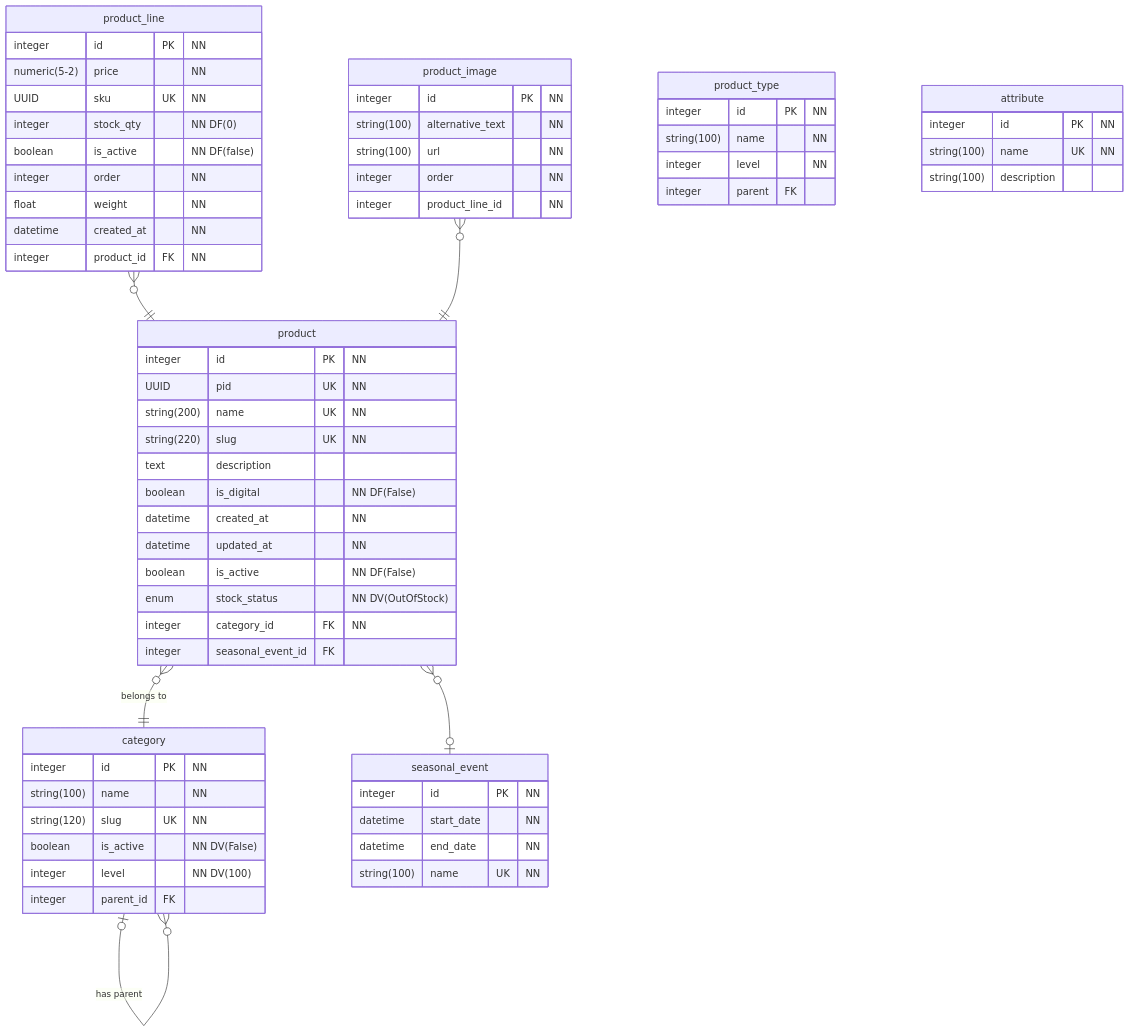
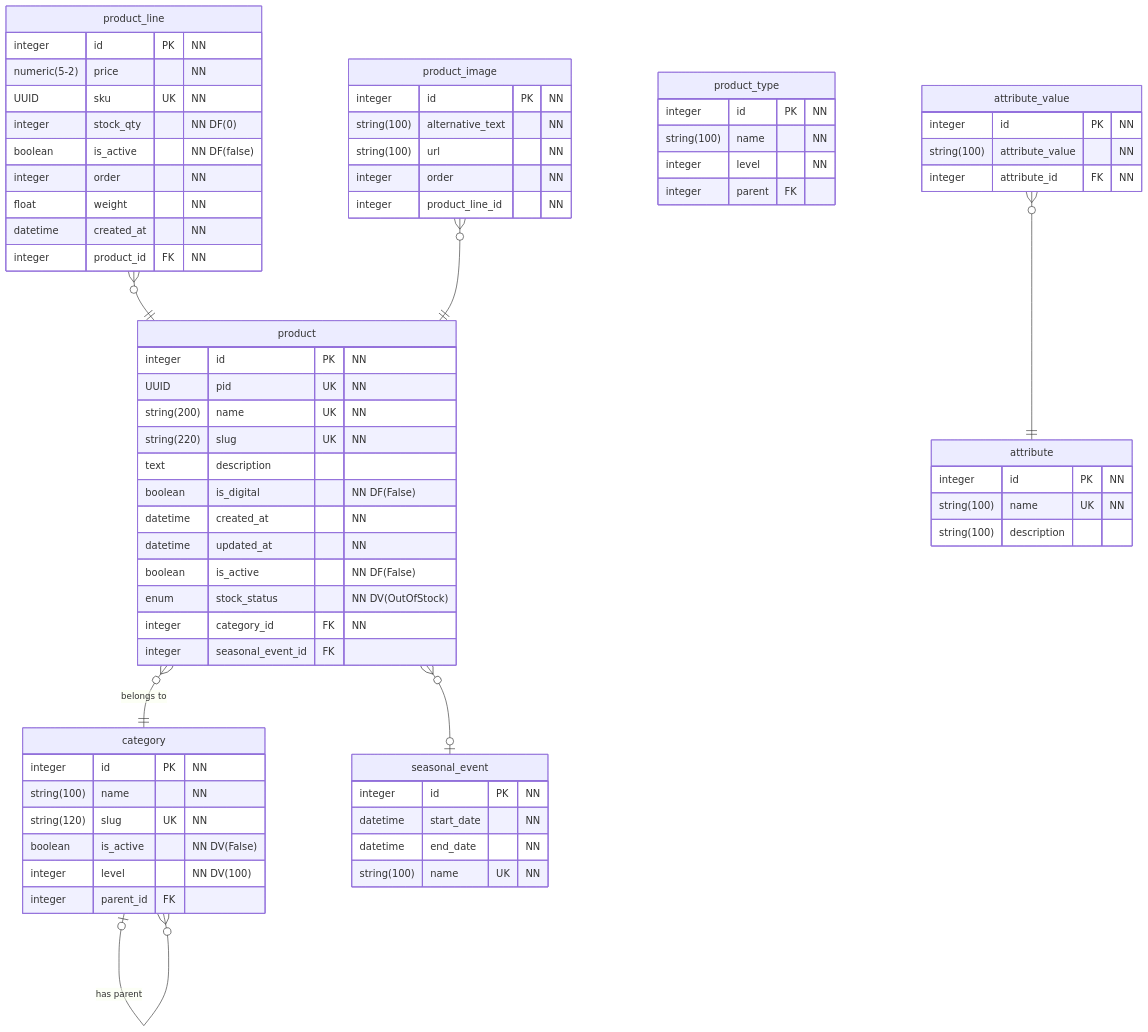
Before and after one commit to BrunoSoaresEngineering/fastAPI-learning-project: the diagram in README.md, drawn with Mermaid. The commit also changed 2 other files, not shown here.

Commit message:
feat: add "attribute_value" table

````diff
--- a/README.md
+++ b/README.md
@@ -3,73 +3,80 @@
 ```mermaid
 erDiagram
     category {
       integer id PK "NN"
       string(100) name "NN"
       string(120) slug UK "NN"
       boolean is_active "NN DV(False)"
       integer level "NN DV(100)"
       integer parent_id FK
     }
 
     product {
       integer id PK "NN"
       UUID pid UK "NN"
       string(200) name UK "NN"
       string(220) slug UK "NN"
       text description
       boolean is_digital "NN DF(False)"
       datetime created_at "NN"
       datetime updated_at "NN"
       boolean is_active "NN DF(False)"
       enum stock_status "NN DV(OutOfStock)"
       integer category_id FK "NN"
       integer seasonal_event_id FK
     }
 
     product_line {
       integer id PK "NN"
       numeric(5-2) price "NN"
       UUID sku UK "NN"
       integer stock_qty "NN DF(0)"
       boolean is_active "NN DF(false)"
       integer order "NN"
       float weight "NN"
       datetime created_at "NN"
       integer product_id FK "NN"
     }
 
     product_image {
       integer id PK "NN"
       string(100) alternative_text "NN"
       string(100) url "NN"
       integer order "NN"
       integer product_line_id "NN"
     }
 
     product_type {
       integer id PK "NN"
       string(100) name "NN"
       integer level "NN"
       integer parent FK
     }
 
     seasonal_event {
       integer id PK "NN"
       datetime start_date "NN"
       datetime end_date "NN"
       string(100) name UK "NN"
     }
 
     attribute {
       integer id PK "NN"
       string(100) name UK "NN"
       string(100) description
     }
 
+    attribute_value {
+      integer id PK "NN"
+      string(100) attribute_value "NN"
+      integer attribute_id FK "NN"
+    }
+
     category |o--o{ category : "has parent"
     product }o--|| category: "belongs to"
     product }o--o| seasonal_event: ""
     product_line }o--|| product: ""
     product_image }o--|| product: ""
+    attribute_value }o--|| attribute: ""
 
 ```
````
